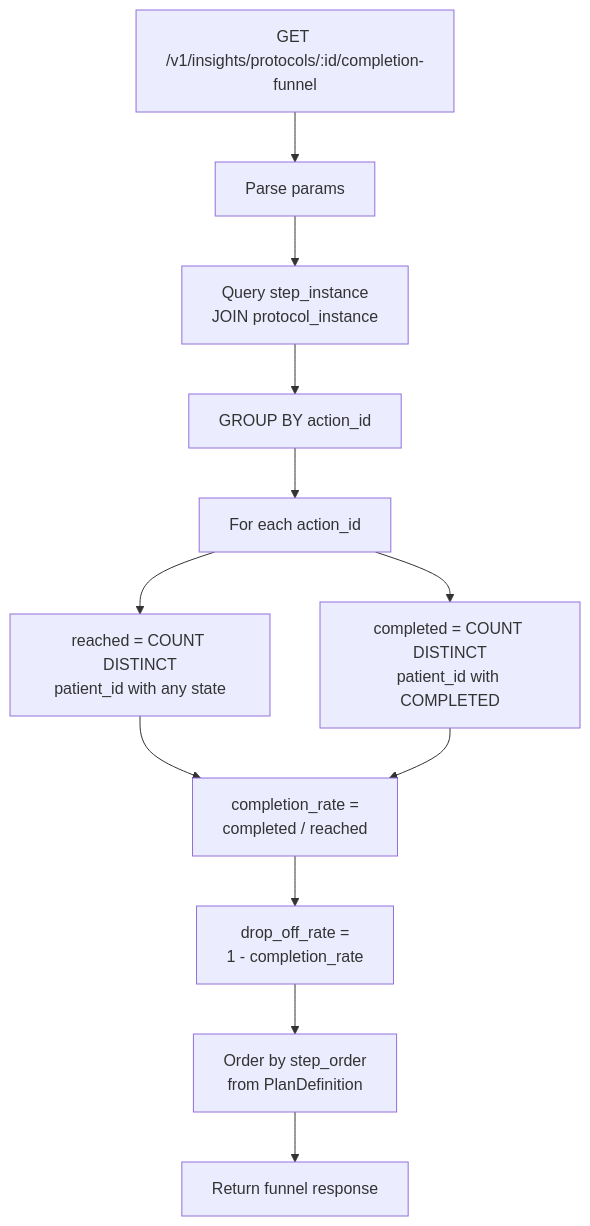
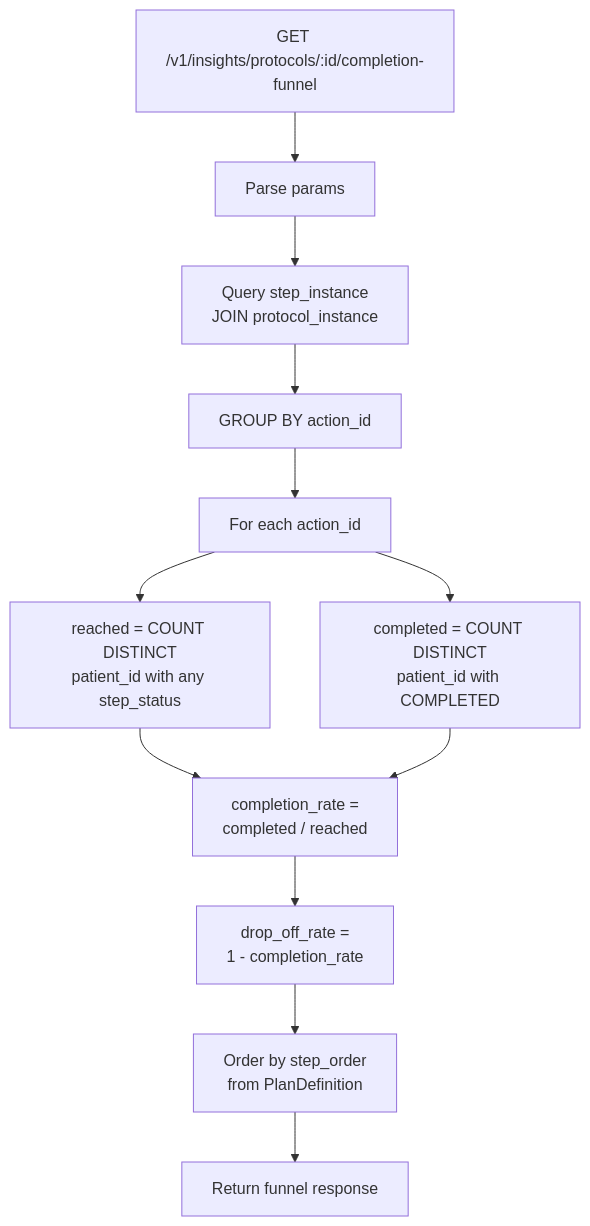
Before and after one commit to openphc/cce-insights-service: diagram 11 of 29 in docs/flow-diagrams.md, drawn with Mermaid. The commit also changed other lines of this file and 81 other files, not shown here.

First line of the commit message:
Read the CCE 2.0.0 cce_analytics schema

````diff
--- a/docs/flow-diagrams.md
+++ b/docs/flow-diagrams.md
@@ -227,17 +227,17 @@
 ```mermaid
 flowchart TD
     A[GET /v1/insights/protocols/:id/completion-funnel] --> B[Parse params]
     B --> C[Query step_instance<br/>JOIN protocol_instance]
     C --> D[GROUP BY action_id]
     D --> E[For each action_id]
 
-    E --> F[reached = COUNT DISTINCT<br/>patient_id with any state]
+    E --> F[reached = COUNT DISTINCT<br/>patient_id with any step_status]
     E --> G[completed = COUNT DISTINCT<br/>patient_id with COMPLETED]
 
     F --> H["completion_rate =<br/>completed / reached"]
     G --> H
     H --> I["drop_off_rate =<br/>1 - completion_rate"]
 
     I --> J[Order by step_order<br/>from PlanDefinition]
     J --> K[Return funnel response]
 ```
````
